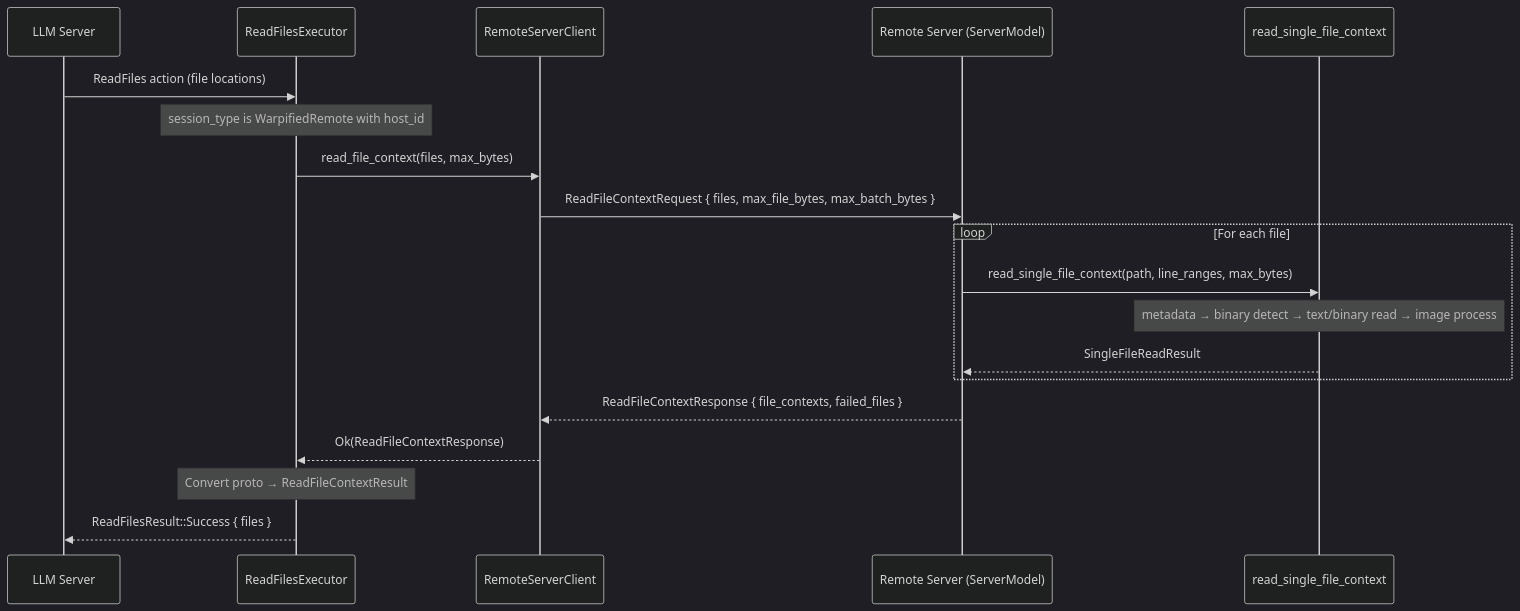
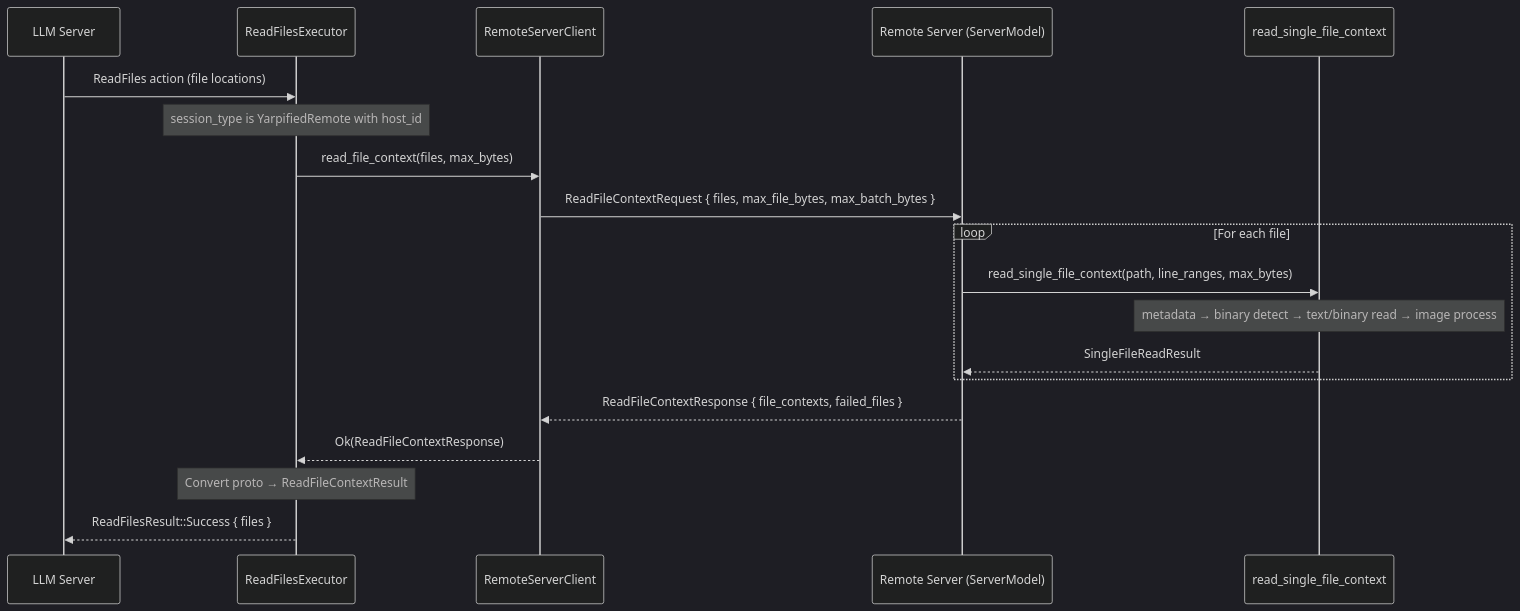
The diagram in specs/APP-3790/TECH-remote-read-files.md (nikhilramakrishnan/yarp), drawn with Mermaid (dark theme) before and after one commit. The commit also changed other lines of this file and 516 other files, not shown here.

````diff
--- a/specs/APP-3790/TECH-remote-read-files.md
+++ b/specs/APP-3790/TECH-remote-read-files.md
@@ -155,26 +155,26 @@
 ```mermaid
 sequenceDiagram
     participant LLM as LLM Server
     participant Executor as ReadFilesExecutor
     participant Client as RemoteServerClient
     participant Server as Remote Server (ServerModel)
     participant Shared as read_single_file_context
 
     LLM->>Executor: ReadFiles action (file locations)
-    Note over Executor: session_type is WarpifiedRemote with host_id
+    Note over Executor: session_type is YarpifiedRemote with host_id
 
     Executor->>Client: read_file_context(files, max_bytes)
     Client->>Server: ReadFileContextRequest { files, max_file_bytes, max_batch_bytes }
 
     loop For each file
         Server->>Shared: read_single_file_context(path, line_ranges, max_bytes)
         Note over Shared: metadata → binary detect → text/binary read → image process
         Shared-->>Server: SingleFileReadResult
     end
 
     Server-->>Client: ReadFileContextResponse { file_contexts, failed_files }
     Client-->>Executor: Ok(ReadFileContextResponse)
 
     Note over Executor: Convert proto → ReadFileContextResult
     Executor-->>LLM: ReadFilesResult::Success { files }
 ```
````
